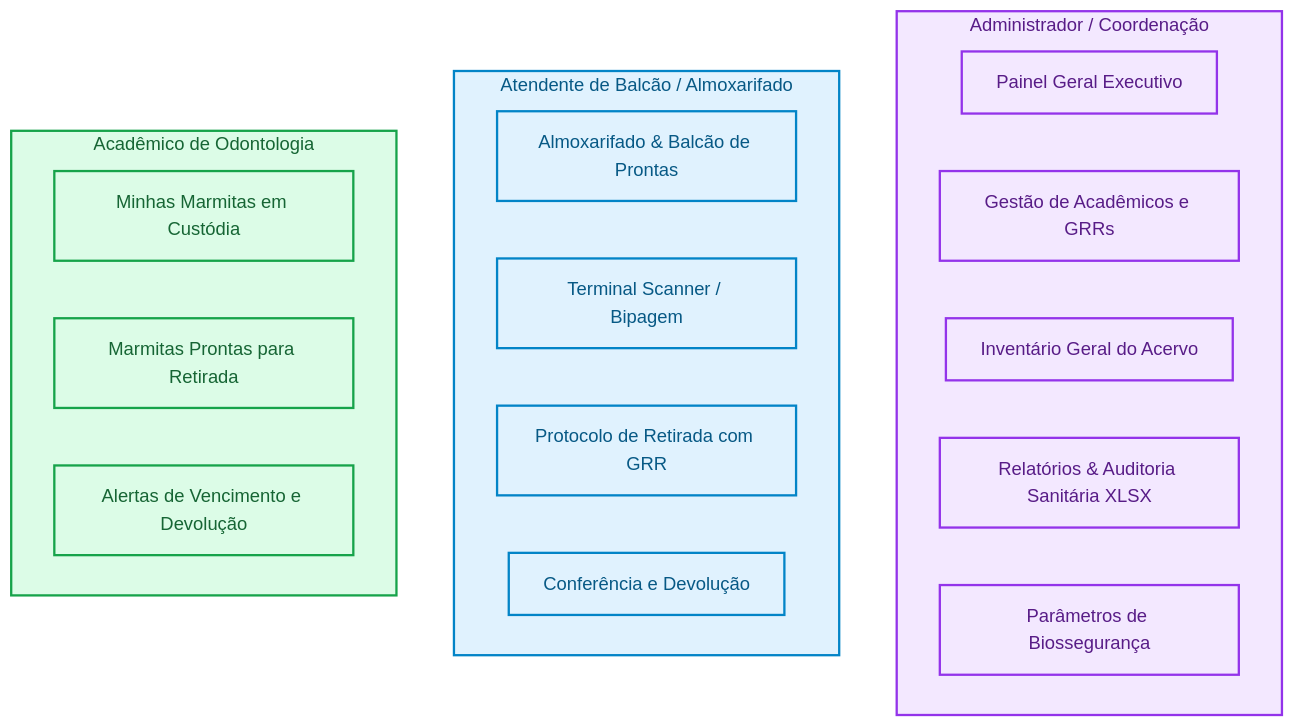
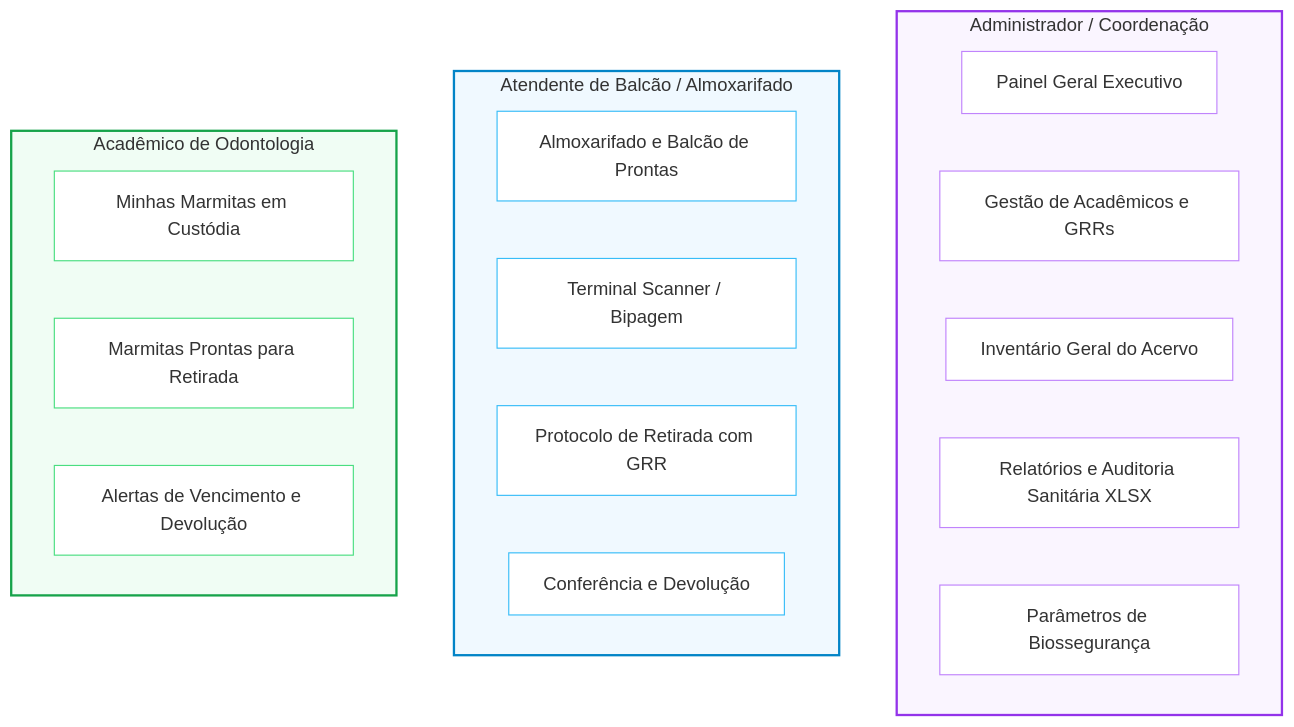
The first of 4 diagrams in README.md (matheus-gabriel-les/Projeto-BigDente-v2), drawn with Mermaid before and after one commit. The commit also changed other lines of this file, not shown here.

First line of the commit message:
docs: update RBAC flowchart in README

````diff
--- a/README.md
+++ b/README.md
@@ -11,30 +11,42 @@
 ```mermaid
-graph TD
-    classDef admin fill:#f3e8ff,stroke:#9333ea,stroke-width:2px,color:#581c87;
-    classDef recep fill:#e0f2fe,stroke:#0284c7,stroke-width:2px,color:#075985;
-    classDef student fill:#dcfce7,stroke:#16a34a,stroke-width:2px,color:#166534;
-
+flowchart TD
     subgraph ADM ["Administrador / Coordenação"]
-        A1[Painel Geral Executivo]
-        A2[Gestão de Acadêmicos e GRRs]
-        A3[Inventário Geral do Acervo]
-        A4[Relatórios & Auditoria Sanitária XLSX]
-        A5[Parâmetros de Biossegurança]
+        A1["Painel Geral Executivo"]
+        A2["Gestão de Acadêmicos e GRRs"]
+        A3["Inventário Geral do Acervo"]
+        A4["Relatórios e Auditoria Sanitária XLSX"]
+        A5["Parâmetros de Biossegurança"]
     end
-    class ADM,A1,A2,A3,A4,A5 admin;
 
     subgraph BALCAO ["Atendente de Balcão / Almoxarifado"]
-        B1[Almoxarifado & Balcão de Prontas]
-        B2[Terminal Scanner / Bipagem]
-        B3[Protocolo de Retirada com GRR]
-        B4[Conferência e Devolução]
+        B1["Almoxarifado e Balcão de Prontas"]
+        B2["Terminal Scanner / Bipagem"]
+        B3["Protocolo de Retirada com GRR"]
+        B4["Conferência e Devolução"]
     end
-    class BALCAO,B1,B2,B3,B4 recep;
 
     subgraph ALUNO ["Acadêmico de Odontologia"]
-        S1[Minhas Marmitas em Custódia]
-        S2[Marmitas Prontas para Retirada]
-        S3[Alertas de Vencimento e Devolução]
+        S1["Minhas Marmitas em Custódia"]
+        S2["Marmitas Prontas para Retirada"]
+        S3["Alertas de Vencimento e Devolução"]
     end
-    class ALUNO,S1,S2,S3 student;
+
+    style ADM fill:#faf5ff,stroke:#9333ea,stroke-width:2px
+    style BALCAO fill:#f0f9ff,stroke:#0284c7,stroke-width:2px
+    style ALUNO fill:#f0fdf4,stroke:#16a34a,stroke-width:2px
+
+    style A1 fill:#ffffff,stroke:#c084fc,stroke-width:1px
+    style A2 fill:#ffffff,stroke:#c084fc,stroke-width:1px
+    style A3 fill:#ffffff,stroke:#c084fc,stroke-width:1px
+    style A4 fill:#ffffff,stroke:#c084fc,stroke-width:1px
+    style A5 fill:#ffffff,stroke:#c084fc,stroke-width:1px
+
+    style B1 fill:#ffffff,stroke:#38bdf8,stroke-width:1px
+    style B2 fill:#ffffff,stroke:#38bdf8,stroke-width:1px
+    style B3 fill:#ffffff,stroke:#38bdf8,stroke-width:1px
+    style B4 fill:#ffffff,stroke:#38bdf8,stroke-width:1px
+
+    style S1 fill:#ffffff,stroke:#4ade80,stroke-width:1px
+    style S2 fill:#ffffff,stroke:#4ade80,stroke-width:1px
+    style S3 fill:#ffffff,stroke:#4ade80,stroke-width:1px
 ```
````
